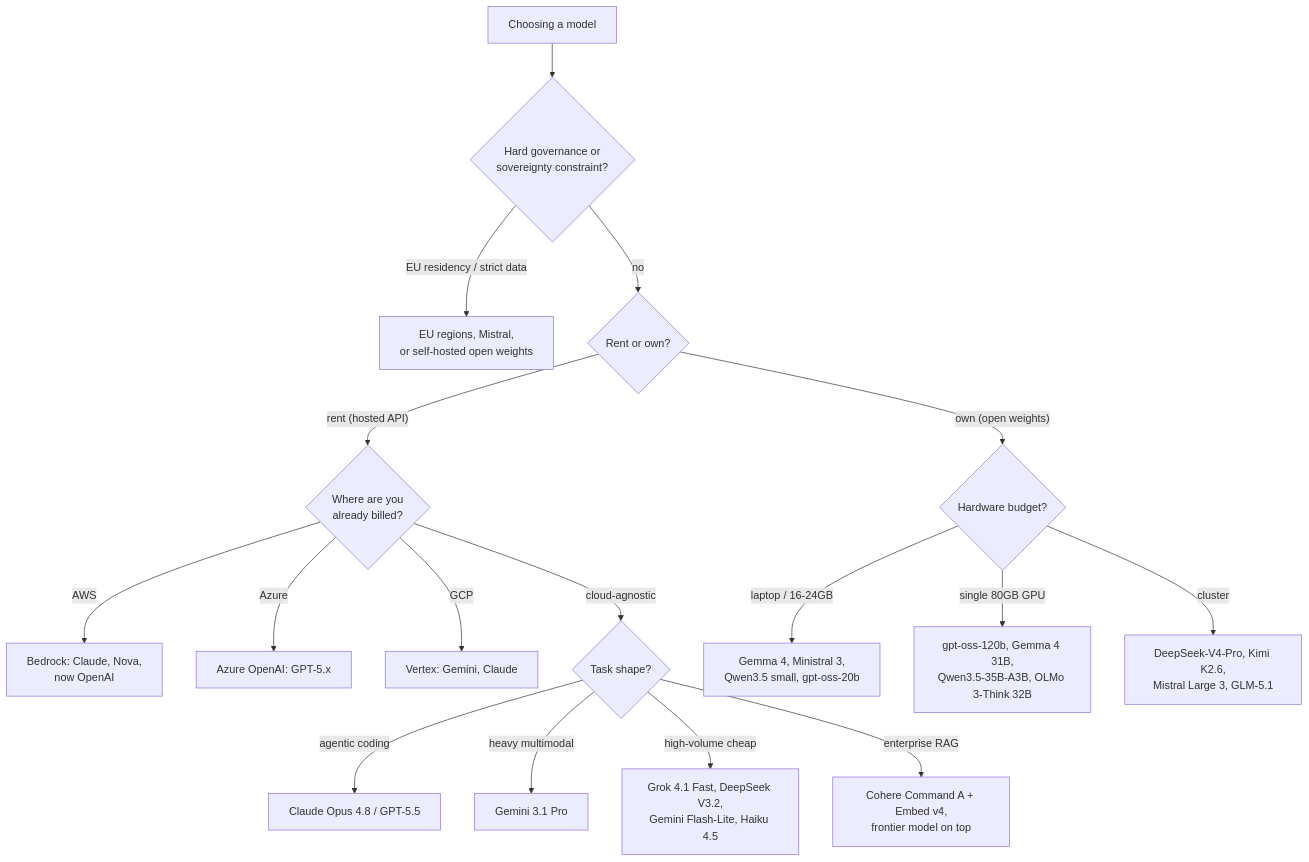
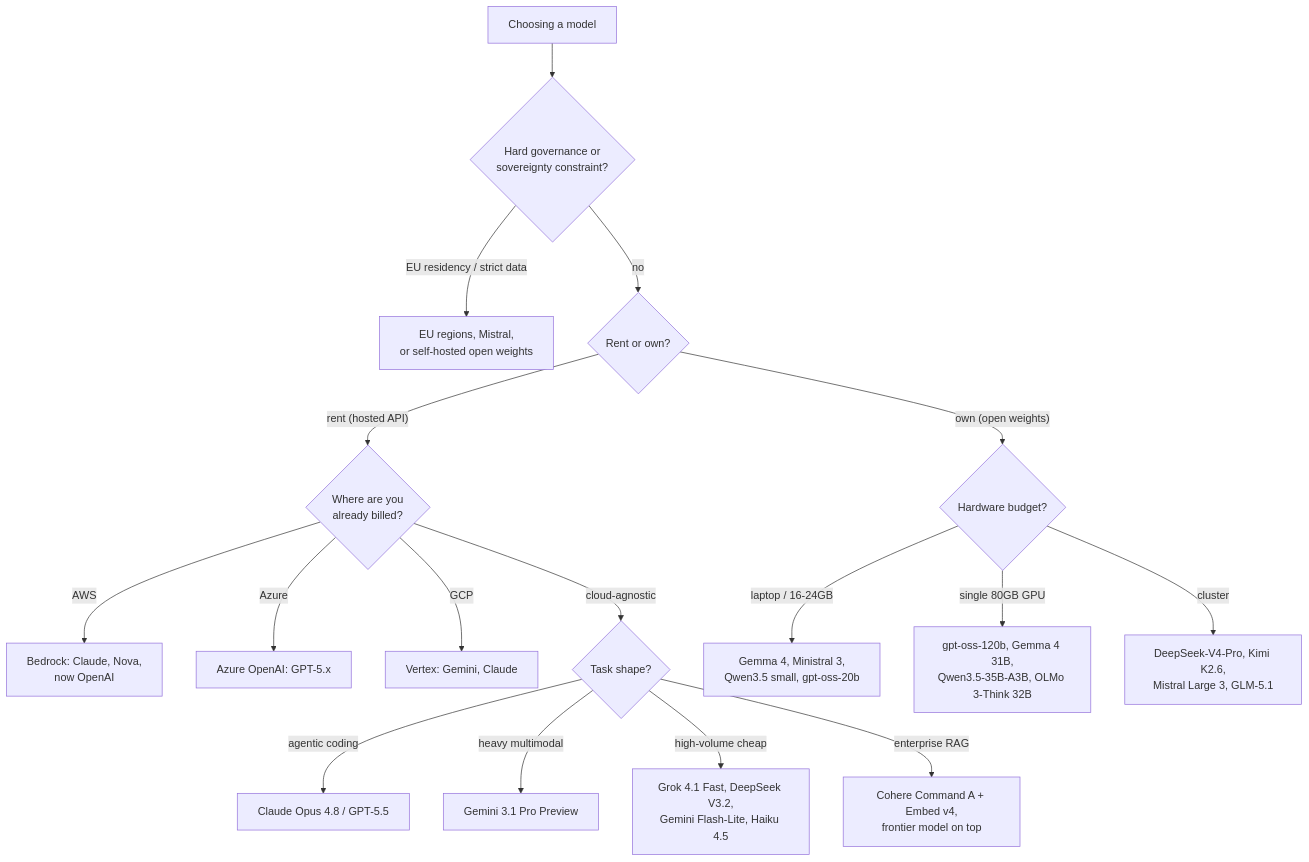
The first of 2 diagrams in en/practice/01-choosing-a-model.qmd (latere-ai/ai-as-an-infrastructure), drawn with Mermaid before and after one commit. The commit also changed other lines of this file and 142 other files, not shown here.

````diff
--- a/en/practice/01-choosing-a-model.qmd
+++ b/en/practice/01-choosing-a-model.qmd
@@ -181,24 +181,24 @@
 ```{mermaid}
 %%| label: fig-model-decision
 %%| fig-cap: "A decision order for picking a model in mid-2026. The cloud you are billed through and your governance constraints usually decide before quality does."
 flowchart TD
   start["Choosing a model"] --> gov{"Hard governance or<br>sovereignty constraint?"}
   gov -->|"EU residency / strict data"| sov["EU regions, Mistral,<br>or self-hosted open weights"]
   gov -->|no| host{"Rent or own?"}
 
   host -->|"rent (hosted API)"| cloud{"Where are you<br>already billed?"}
   cloud -->|AWS| bedrock["Bedrock: Claude, Nova,<br>now OpenAI"]
   cloud -->|Azure| azure["Azure OpenAI: GPT-5.x"]
   cloud -->|GCP| vertex["Vertex: Gemini, Claude"]
   cloud -->|"cloud-agnostic"| task
 
   host -->|"own (open weights)"| hw{"Hardware budget?"}
   hw -->|"laptop / 16-24GB"| small["Gemma 4, Ministral 3,<br>Qwen3.5 small, gpt-oss-20b"]
   hw -->|"single 80GB GPU"| mid["gpt-oss-120b, Gemma 4 31B,<br>Qwen3.5-35B-A3B, OLMo 3-Think 32B"]
   hw -->|"cluster"| big["DeepSeek-V4-Pro, Kimi K2.6,<br>Mistral Large 3, GLM-5.1"]
 
   task{"Task shape?"} -->|"agentic coding"| code["Claude Opus 4.8 / GPT-5.5"]
-  task -->|"heavy multimodal"| mm["Gemini 3.1 Pro"]
+  task -->|"heavy multimodal"| mm["Gemini 3.1 Pro Preview"]
   task -->|"high-volume cheap"| cheap["Grok 4.1 Fast, DeepSeek V3.2,<br>Gemini Flash-Lite, Haiku 4.5"]
   task -->|"enterprise RAG"| rag["Cohere Command A + Embed v4,<br>frontier model on top"]
 ```
````
